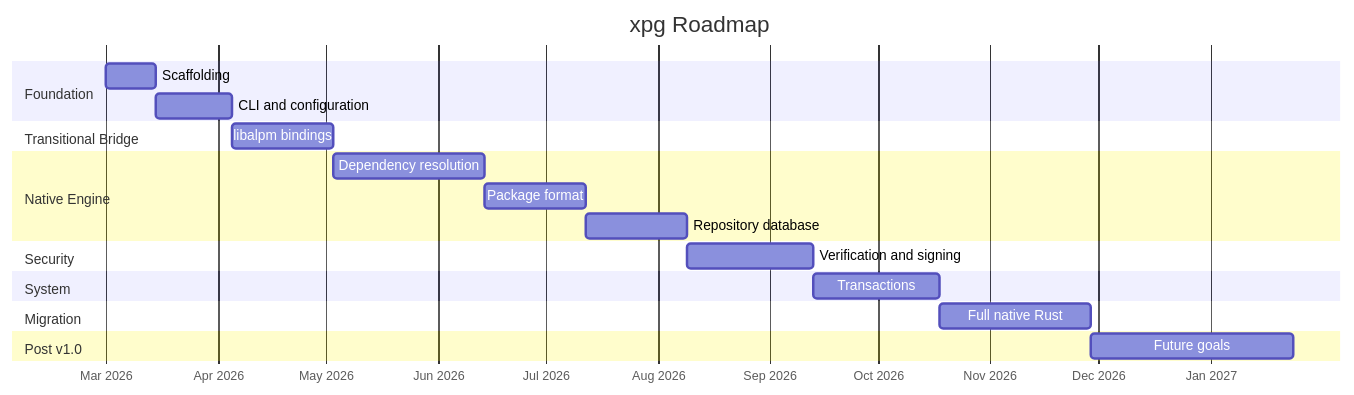
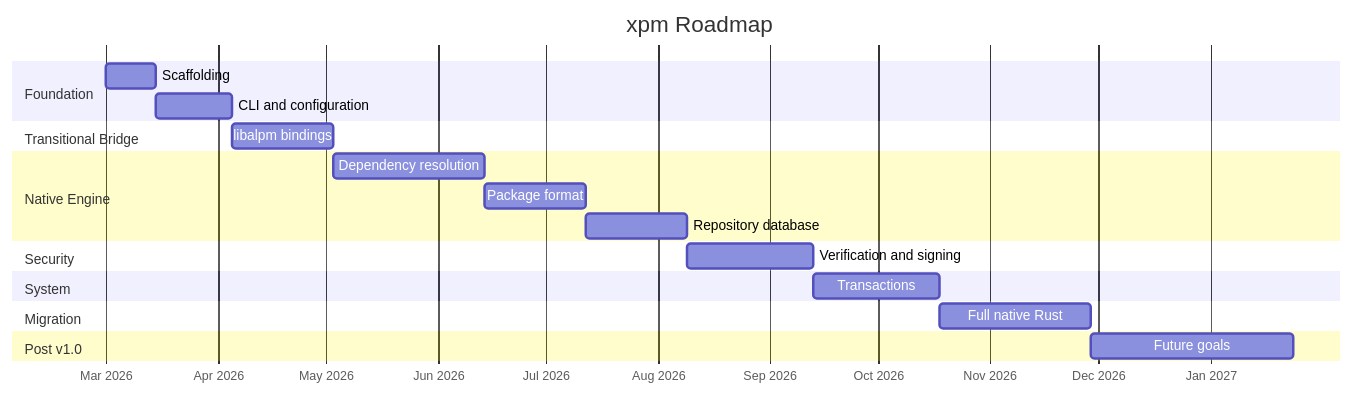
One commit to xscriptordev/xpm changed the diagram in ROADMAP.md. Above: the diagram before and after it, drawn with Mermaid. The commit also changed other lines of this file, not shown here.

````diff
--- a/ROADMAP.md
+++ b/ROADMAP.md
@@ -93,30 +99,30 @@
 ```mermaid
 gantt
-    title xpg Roadmap
+    title xpm Roadmap
     dateFormat  YYYY-MM
     axisFormat  %b %Y
 
     section Foundation
     Scaffolding           :f0, 2026-03, 2w
     CLI and configuration :f1, after f0, 3w
 
     section Transitional Bridge
     libalpm bindings      :f2, after f1, 4w
 
     section Native Engine
     Dependency resolution :f3, after f2, 6w
     Package format        :f4, after f3, 4w
     Repository database   :f5, after f4, 4w
 
     section Security
     Verification and signing :f6, after f5, 5w
 
     section System
     Transactions          :f7, after f6, 5w
 
     section Migration
     Full native Rust      :f8, after f7, 6w
 
     section Post v1.0
     Future goals          :f9, after f8, 8w
 ```
````
